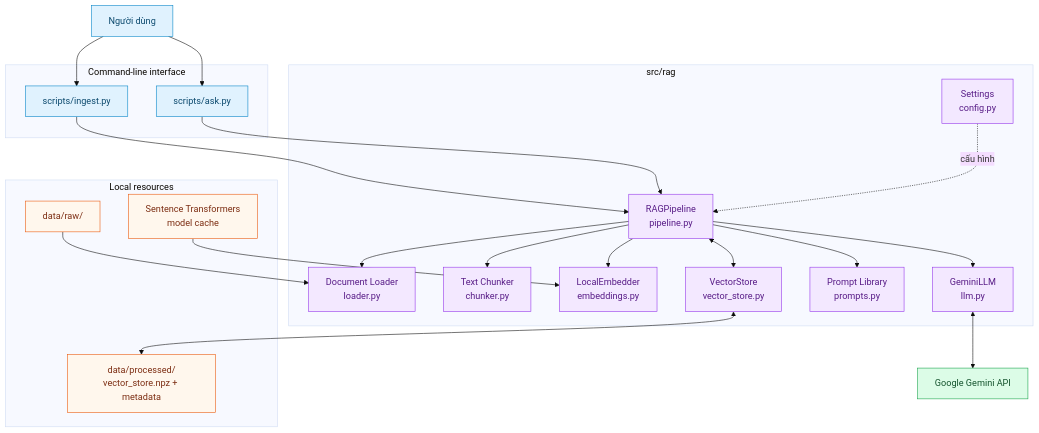
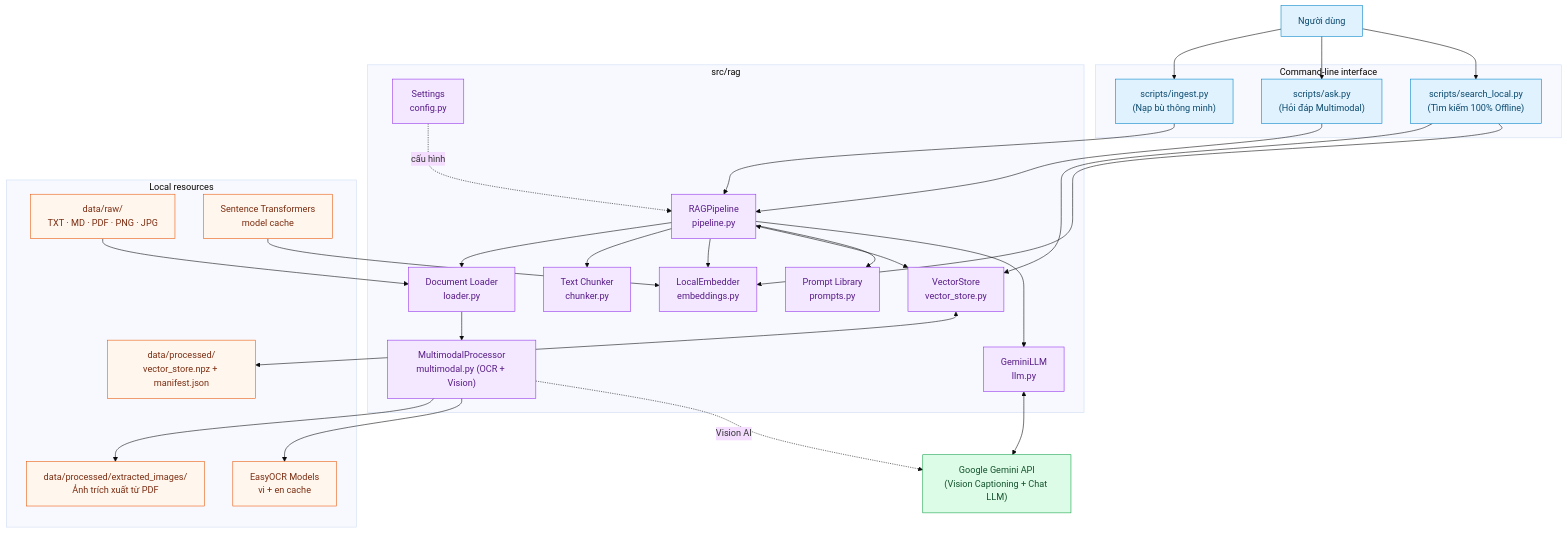
One commit to QuocTien004/RAG-from-zero changed the second of 3 diagrams in README.md. Above: the diagram before and after it, drawn with Mermaid (base theme). The commit also changed other lines of this file and 12 other files, not shown here.

Commit message:
feat: implement Hybrid Multimodal RAG with OCR, Gemini Vision, and image grounding

````diff
--- a/README.md
+++ b/README.md
@@ -84,53 +86,64 @@
 ```mermaid
 flowchart TB
     USER["Người dùng"]
 
     subgraph CLI["Command-line interface"]
-        INGEST["scripts/ingest.py"]
-        ASK["scripts/ask.py"]
+        INGEST["scripts/ingest.py<br/>(Nạp bù thông minh)"]
+        ASK["scripts/ask.py<br/>(Hỏi đáp Multimodal)"]
+        SEARCH["scripts/search_local.py<br/>(Tìm kiếm 100% Offline)"]
     end
 
     subgraph CORE["src/rag"]
         PIPELINE["RAGPipeline<br/>pipeline.py"]
         SETTINGS["Settings<br/>config.py"]
         LOADER["Document Loader<br/>loader.py"]
+        MULTIMODAL["MultimodalProcessor<br/>multimodal.py (OCR + Vision)"]
         CHUNKER["Text Chunker<br/>chunker.py"]
         EMBEDDER["LocalEmbedder<br/>embeddings.py"]
         VECTOR["VectorStore<br/>vector_store.py"]
         PROMPTS["Prompt Library<br/>prompts.py"]
         LLM["GeminiLLM<br/>llm.py"]
     end
 
     subgraph LOCAL["Local resources"]
-        RAW["data/raw/"]
+        RAW["data/raw/<br/>TXT · MD · PDF · PNG · JPG"]
+        EXTRACTED["data/processed/extracted_images/<br/>Ảnh trích xuất từ PDF"]
         MODEL["Sentence Transformers<br/>model cache"]
-        FILES["data/processed/<br/>vector_store.npz + metadata"]
+        EASYOCR["EasyOCR Models<br/>vi + en cache"]
+        FILES["data/processed/<br/>vector_store.npz + manifest.json"]
     end
 
-    CLOUD["Google Gemini API"]
+    CLOUD["Google Gemini API<br/>(Vision Captioning + Chat LLM)"]
 
     USER --> INGEST
     USER --> ASK
+    USER --> SEARCH
     INGEST --> PIPELINE
     ASK --> PIPELINE
+    SEARCH --> VECTOR
+    SEARCH --> EMBEDDER
     SETTINGS -. cấu hình .-> PIPELINE
     PIPELINE --> LOADER
+    LOADER --> MULTIMODAL
+    MULTIMODAL --> EXTRACTED
+    MULTIMODAL --> EASYOCR
+    MULTIMODAL -. Vision AI .-> CLOUD
     PIPELINE --> CHUNKER
     PIPELINE --> EMBEDDER
     PIPELINE <--> VECTOR
     PIPELINE --> PROMPTS
     PIPELINE --> LLM
     RAW --> LOADER
     MODEL --> EMBEDDER
     VECTOR <--> FILES
     LLM <--> CLOUD
 
     classDef interface fill:#E0F2FE,stroke:#0284C7,color:#0C4A6E;
     classDef core fill:#F3E8FF,stroke:#9333EA,color:#581C87;
     classDef local fill:#FFF7ED,stroke:#EA580C,color:#7C2D12;
     classDef cloud fill:#DCFCE7,stroke:#16A34A,color:#14532D;
-    class USER,INGEST,ASK interface;
-    class PIPELINE,SETTINGS,LOADER,CHUNKER,EMBEDDER,VECTOR,PROMPTS,LLM core;
-    class RAW,MODEL,FILES local;
+    class USER,INGEST,ASK,SEARCH interface;
+    class PIPELINE,SETTINGS,LOADER,MULTIMODAL,CHUNKER,EMBEDDER,VECTOR,PROMPTS,LLM core;
+    class RAW,EXTRACTED,MODEL,EASYOCR,FILES local;
     class CLOUD cloud;
 ```
````
